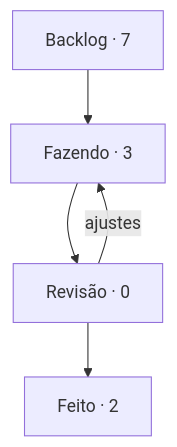
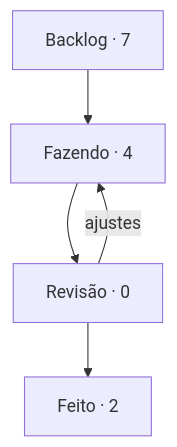
The diagram in boards/harness/BOARD.md (StudioVibi/VibiKanban), drawn with Mermaid before and after one commit. The commit also changed other lines of this file and 2 other files, not shown here.

````diff
--- a/boards/harness/BOARD.md
+++ b/boards/harness/BOARD.md
@@ -5,10 +5,10 @@
 ```mermaid
 flowchart TD
-  backlog["Backlog · 7"] --> doing["Fazendo · 3"]
+  backlog["Backlog · 7"] --> doing["Fazendo · 4"]
   doing --> review["Revisão · 0"]
   review --> done["Feito · 2"]
   review -->|ajustes| doing
   doing:::blue
   review:::yellow
   done:::green
 ```
````
